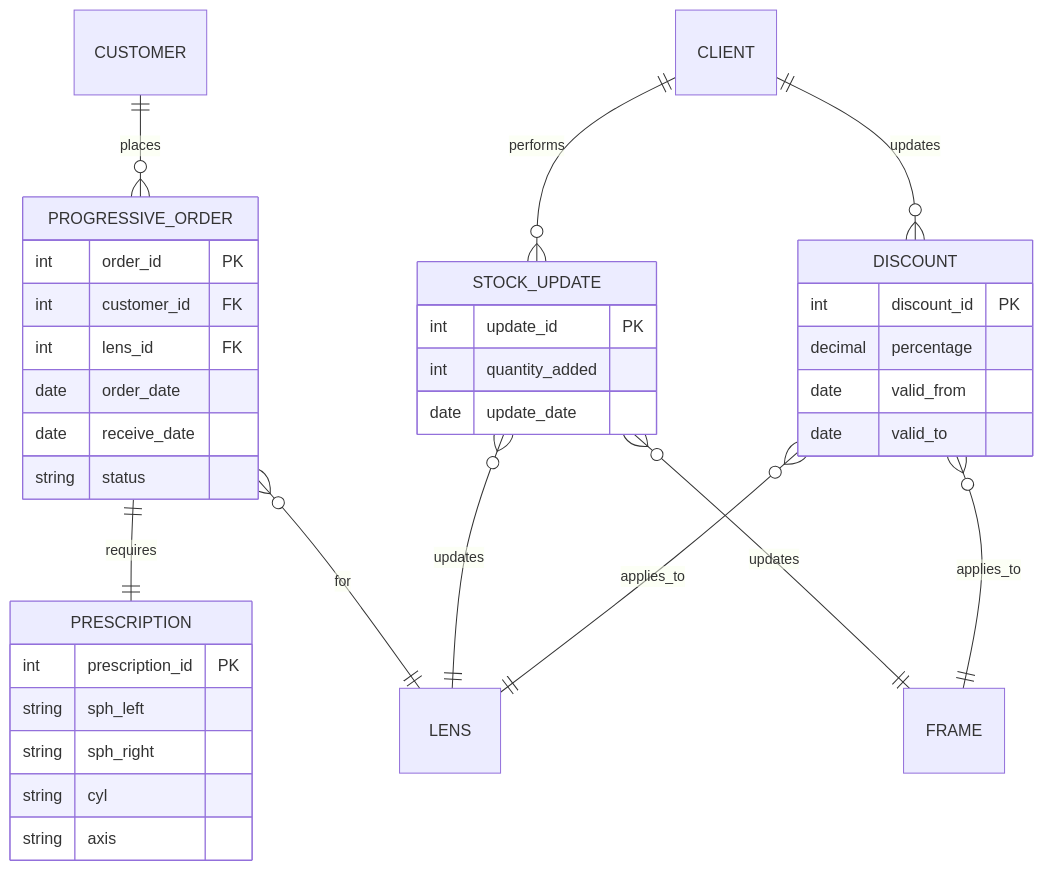
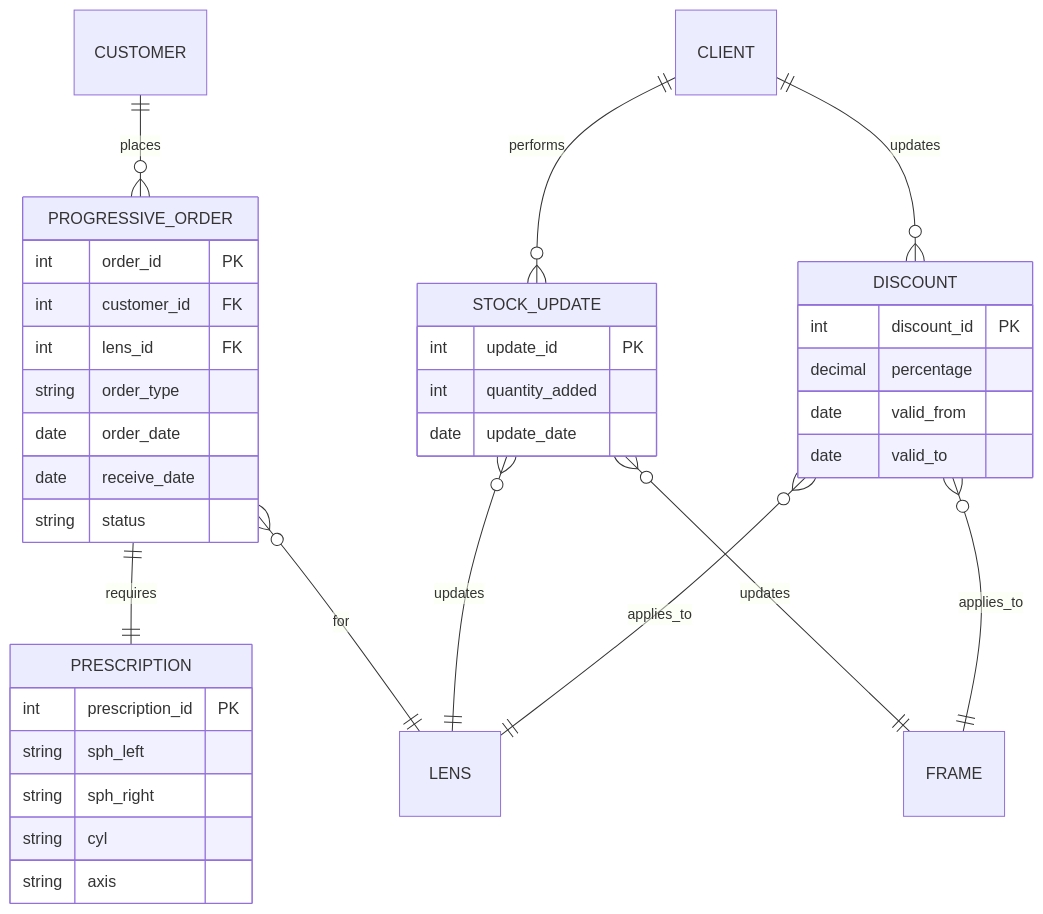
The eighth of 15 diagrams in README.md (Apeiro-code/my-opty-v2), drawn with Mermaid before and after one commit. The commit also changed other lines of this file and 25 other files, not shown here.

````diff
--- a/README.md
+++ b/README.md
@@ -1211,39 +1225,40 @@
 ```mermaid
 erDiagram
     CUSTOMER ||--o{ PROGRESSIVE_ORDER : places
     PROGRESSIVE_ORDER ||--|| PRESCRIPTION : requires
     PROGRESSIVE_ORDER }o--|| LENS : for
     CLIENT ||--o{ DISCOUNT : updates
     CLIENT ||--o{ STOCK_UPDATE : performs
     STOCK_UPDATE }o--|| LENS : updates
     STOCK_UPDATE }o--|| FRAME : updates
     DISCOUNT }o--|| LENS : applies_to
     DISCOUNT }o--|| FRAME : applies_to
 
     PROGRESSIVE_ORDER {
         int order_id PK
         int customer_id FK
         int lens_id FK
+        string order_type
         date order_date
         date receive_date
         string status
     }
     PRESCRIPTION {
         int prescription_id PK
         string sph_left
         string sph_right
         string cyl
         string axis
     }
     DISCOUNT {
         int discount_id PK
         decimal percentage
         date valid_from
         date valid_to
     }
     STOCK_UPDATE {
         int update_id PK
         int quantity_added
         date update_date
     }
 ```
````
